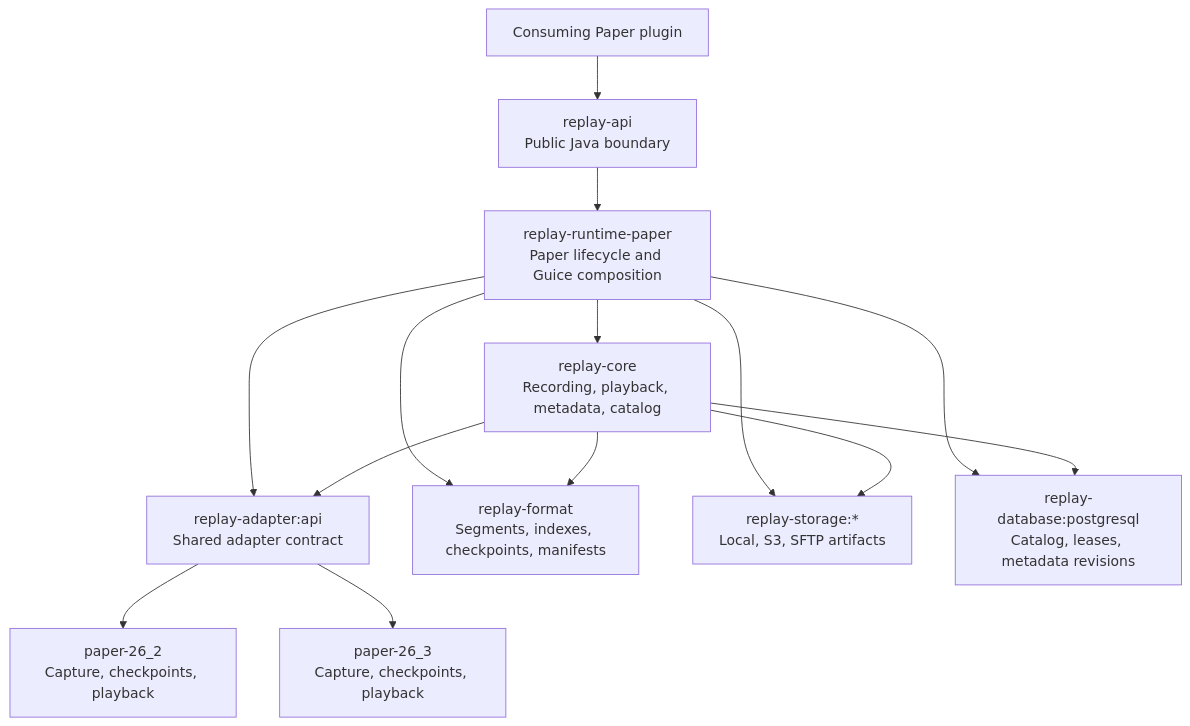
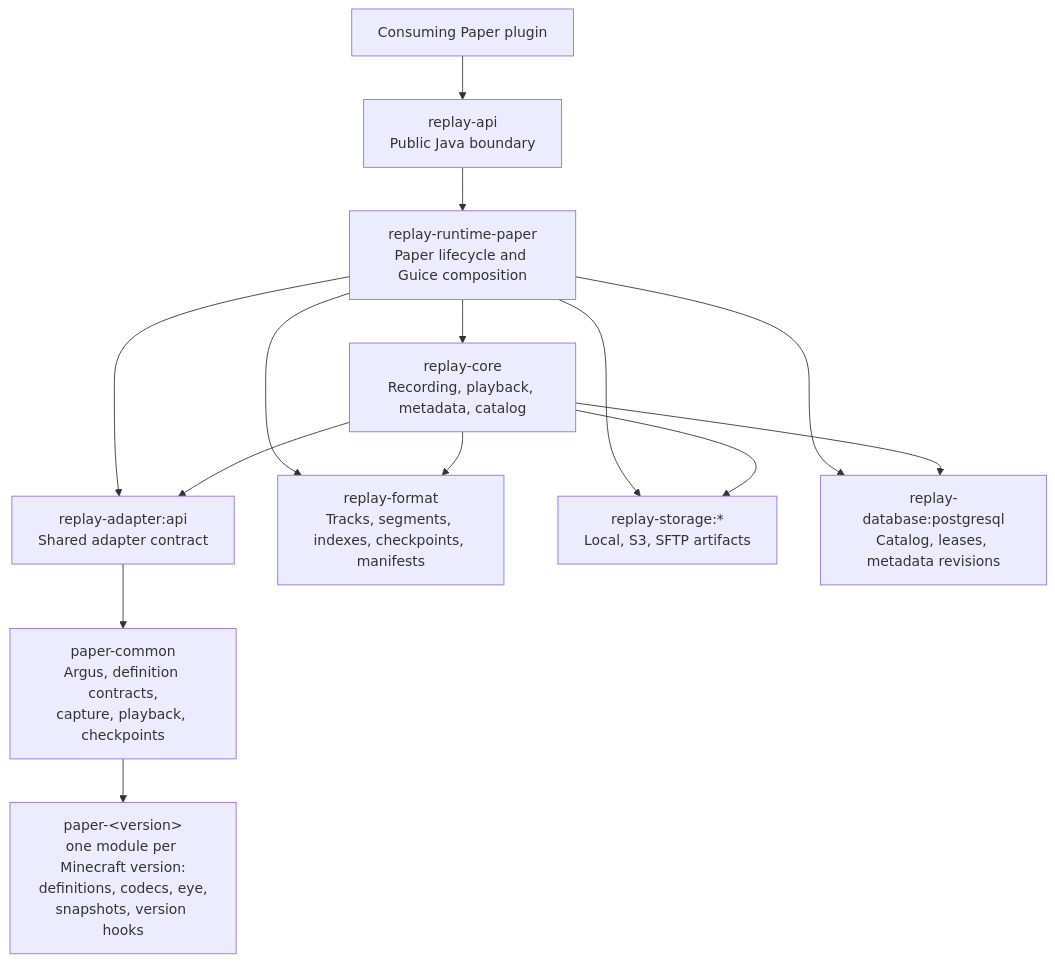
The first of 3 diagrams in docs/architecture.md (schmolldechse/replay-framework), drawn with Mermaid before and after one commit. The commit also changed other lines of this file and 1137 other files, not shown here.

First line of the commit message:
Packet definition rewrite, recording tracks, Argus and the Paper 26.3 adapter (#18)

````diff
--- a/docs/architecture.md
+++ b/docs/architecture.md
@@ -9,18 +9,18 @@
 ```mermaid
 flowchart TD
     plugin["Consuming Paper plugin"] --> api["replay-api<br/>Public Java boundary"]
     api --> runtime["replay-runtime-paper<br/>Paper lifecycle and Guice composition"]
 
     runtime --> core["replay-core<br/>Recording, playback, metadata, catalog"]
     runtime --> adapterApi["replay-adapter:api<br/>Shared adapter contract"]
-    adapterApi --> adapter262["paper-26_2<br/>Capture, checkpoints, playback"]
-    adapterApi --> adapter263["paper-26_3<br/>Capture, checkpoints, playback"]
-    runtime --> format["replay-format<br/>Segments, indexes, checkpoints, manifests"]
+    adapterApi --> paperCommon["paper-common<br/>Argus, definition contracts,<br/>capture, playback, checkpoints"]
+    paperCommon --> adapterVersion["paper-&lt;version&gt;<br/>one module per Minecraft version:<br/>definitions, codecs, eye,<br/>snapshots, version hooks"]
+    runtime --> format["replay-format<br/>Tracks, segments, indexes, checkpoints, manifests"]
     runtime --> storage["replay-storage:*<br/>Local, S3, SFTP artifacts"]
     runtime --> database["replay-database:postgresql<br/>Catalog, leases, metadata revisions"]
 
     core --> adapterApi
     core --> format
     core --> storage
     core --> database
 ```
````
